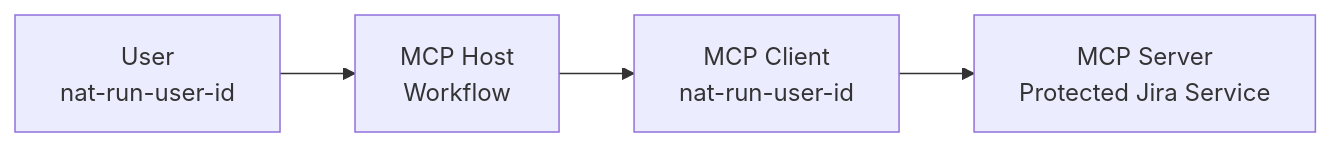
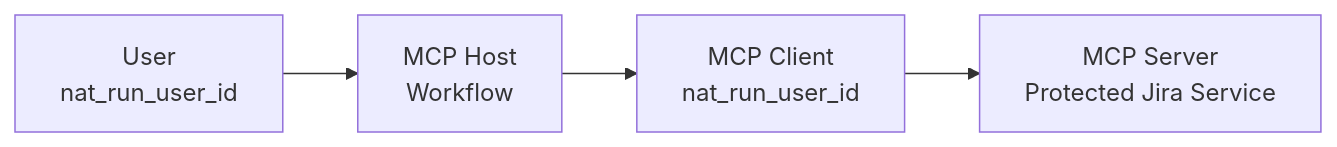
One commit to NVIDIA/NeMo-Agent-Toolkit changed the first of 2 diagrams in docs/source/components/auth/mcp-auth/index.md. Above: the diagram before and after it, drawn with Mermaid. The commit also changed other lines of this file and 2 other files, not shown here.

Commit message:
Address CR review comments

````diff
--- a/docs/source/components/auth/mcp-auth/index.md
+++ b/docs/source/components/auth/mcp-auth/index.md
@@ -115,6 +115,6 @@
 ```mermaid
 flowchart LR
-  U[User<br/>nat-run-user-id] --> H[MCP Host<br/>Workflow]
-  H --> C[MCP Client<br/>nat-run-user-id]
+  U[User<br/>nat_run_user_id] --> H[MCP Host<br/>Workflow]
+  H --> C[MCP Client<br/>nat_run_user_id]
   C --> S[MCP Server<br/>Protected Jira Service]
 ```
````
